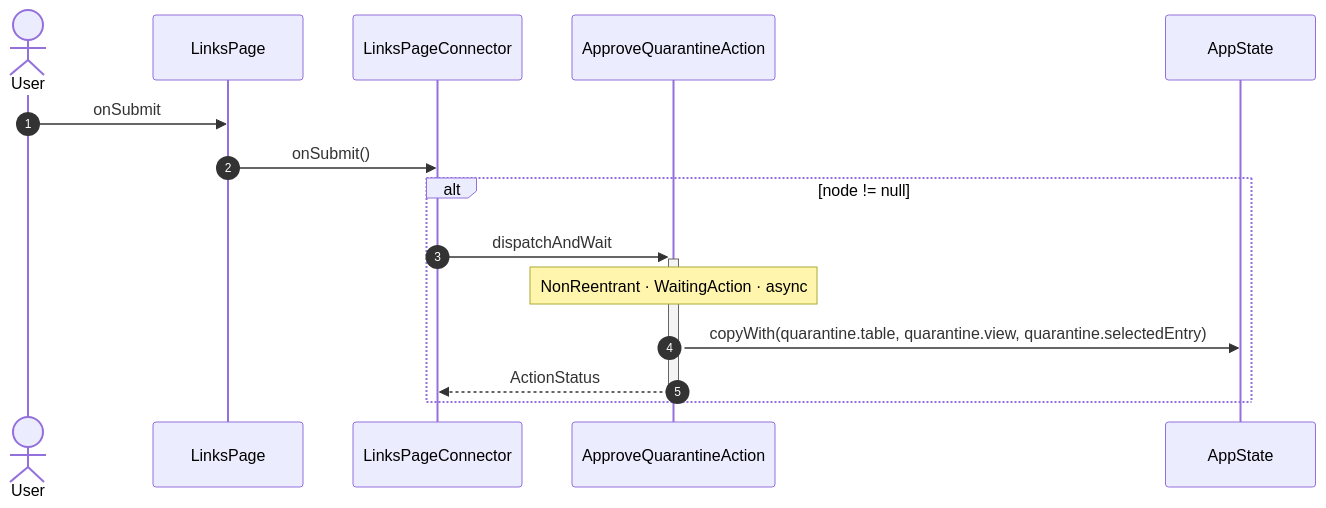
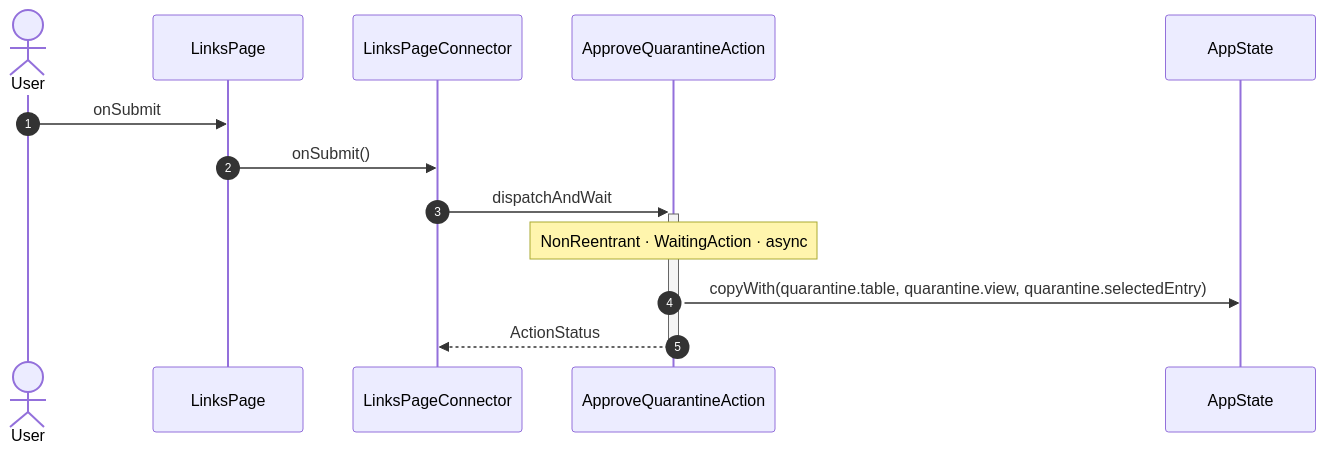
One commit to gencto/wyrm changed the eighth of 8 diagrams in studio/docs/flows/links.md. Above: the diagram before and after it, drawn with Mermaid. The commit also changed other lines of this file and 61 other files, not shown here.

````diff
--- a/studio/docs/flows/links.md
+++ b/studio/docs/flows/links.md
@@ -176,18 +176,16 @@
 ```mermaid
 sequenceDiagram
     autonumber
     actor User
     participant UI as LinksPage
     participant VM as LinksPageConnector
     participant A1 as ApproveQuarantineAction
     participant ST as AppState
 
     User->>UI: onSubmit
     UI->>VM: onSubmit()
-    alt node != null
-        VM->>+A1: dispatchAndWait
-        Note over A1: NonReentrant · WaitingAction · async
-        A1->>ST: copyWith(quarantine.table, quarantine.view, quarantine.selectedEntry)
-        A1-->>-VM: ActionStatus
-    end
+    VM->>+A1: dispatchAndWait
+    Note over A1: NonReentrant · WaitingAction · async
+    A1->>ST: copyWith(quarantine.table, quarantine.view, quarantine.selectedEntry)
+    A1-->>-VM: ActionStatus
 ```
````
